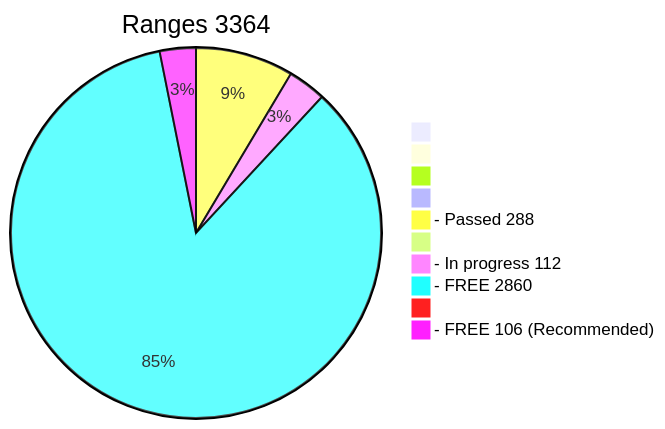
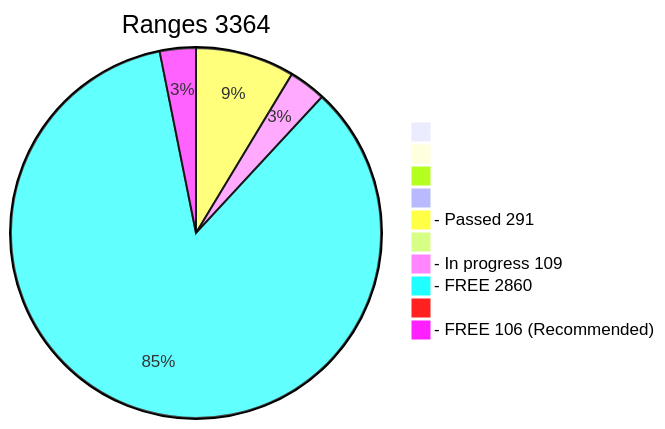
Before and after one commit to phrutis/wif500: the diagram in x64/Release/table.md, drawn with Mermaid. The commit also changed other lines of this file, not shown here.

````diff
--- a/x64/Release/table.md
+++ b/x64/Release/table.md
@@ -2,13 +2,13 @@
 ```mermaid
 pie title Ranges 3364
   " " : 0
   "  " : 0
   "   " : 0
   "    " : 0
-  "- Passed 288" : 288
+  "- Passed 291" : 291
   "     " : 0
-  "- In progress 112" : 112
+  "- In progress 109" : 109
   "- FREE 2860" : 2860
   "      " : 0
   "- FREE 106 (Recommended)" : 106
 ```
````
